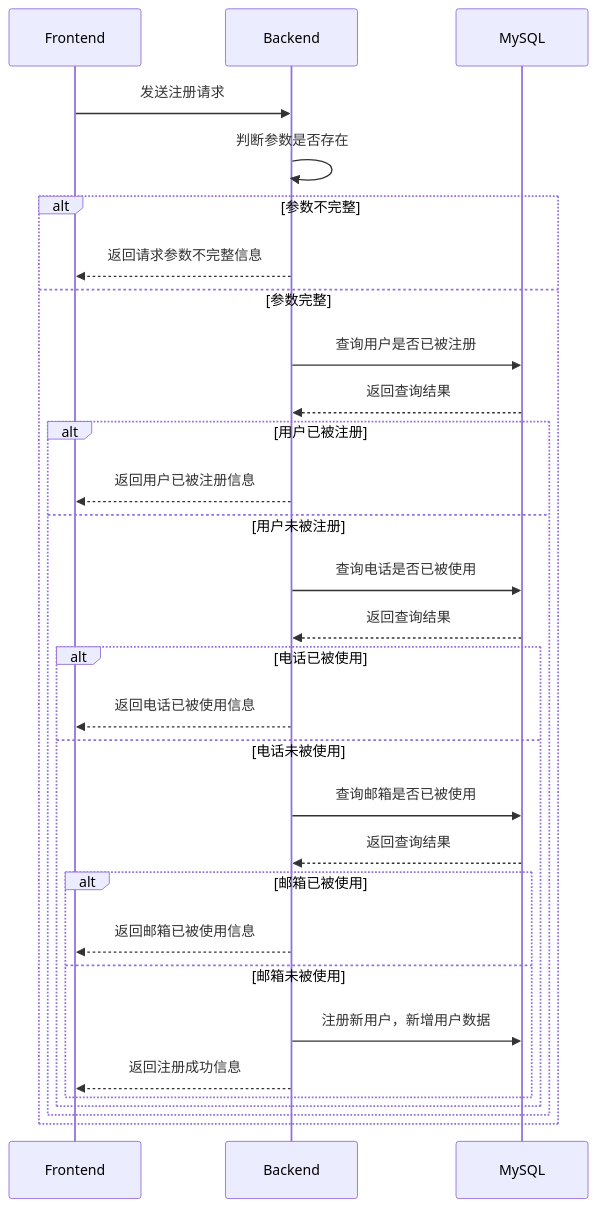
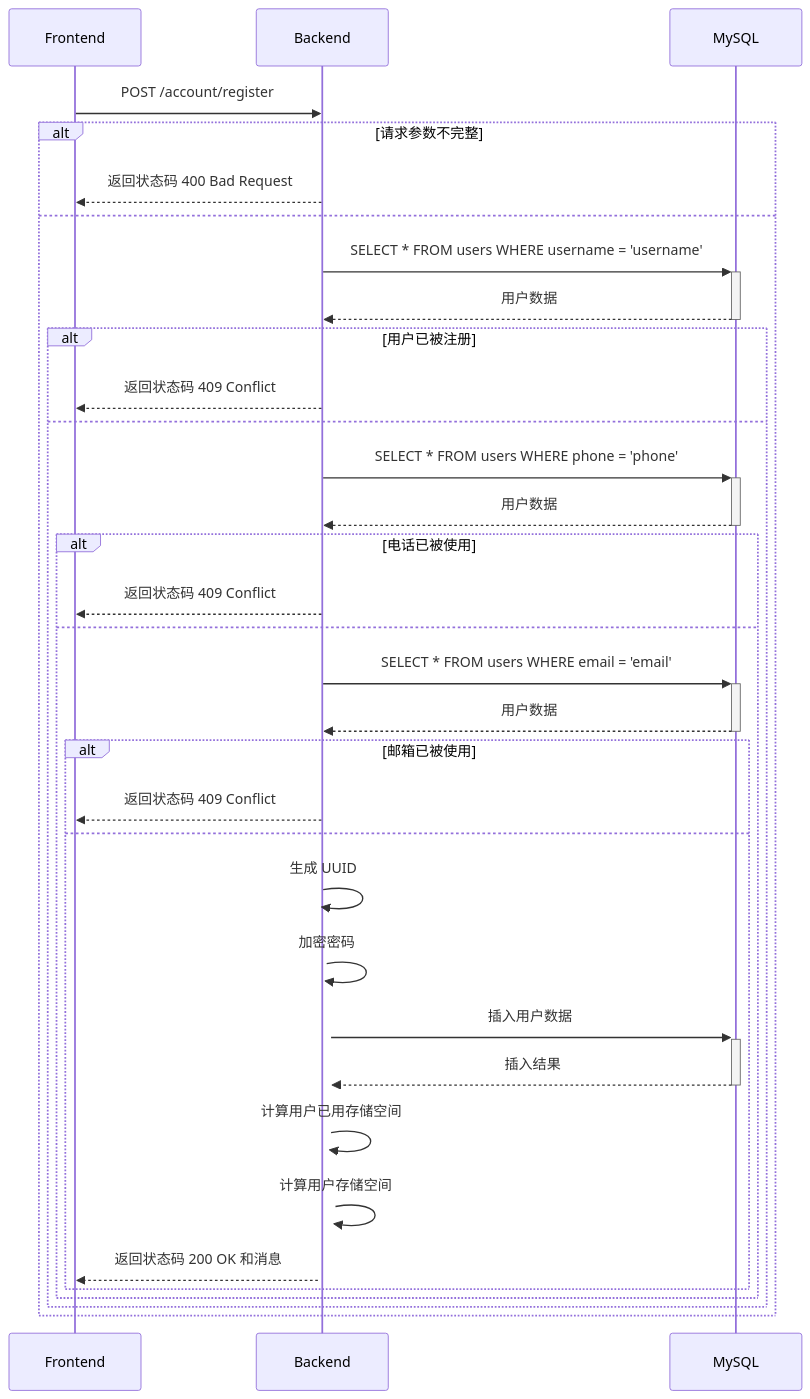
The diagram in img/注册顺序图.md (Clarice0997/YueMedia), drawn with Mermaid before and after one commit. The commit also changed 20 other files, not shown here.

Commit message:
feat: 刷新处理文件任务列表按钮 img: UML 设计图 fix: 登录页面重定向问题

````diff
--- a/img/注册顺序图.md
+++ b/img/注册顺序图.md
@@ -1,34 +1,39 @@
 ```mermaid
 sequenceDiagram
     participant Frontend
     participant Backend
     participant MySQL
-    Frontend->>Backend: 发送注册请求
-    Backend->>Backend: 判断参数是否存在
-    alt 参数不完整
-        Backend-->>Frontend: 返回请求参数不完整信息
-    else 参数完整
-        Backend->>MySQL: 查询用户是否已被注册
-        MySQL-->>Backend: 返回查询结果
+
+    Frontend->>Backend: POST /account/register
+    alt 请求参数不完整
+        Backend-->>Frontend: 返回状态码 400 Bad Request
+    else
+        Backend->>+MySQL: SELECT * FROM users WHERE username = 'username'
+        MySQL-->>-Backend: 用户数据
         alt 用户已被注册
-            Backend-->>Frontend: 返回用户已被注册信息
-        else 用户未被注册
-            Backend->>MySQL: 查询电话是否已被使用
-            MySQL-->>Backend: 返回查询结果
+            Backend-->>Frontend: 返回状态码 409 Conflict
+        else
+            Backend->>+MySQL: SELECT * FROM users WHERE phone = 'phone'
+            MySQL-->>-Backend: 用户数据
             alt 电话已被使用
-                Backend-->>Frontend: 返回电话已被使用信息
-            else 电话未被使用
-                Backend->>MySQL: 查询邮箱是否已被使用
-                MySQL-->>Backend: 返回查询结果
+                Backend-->>Frontend: 返回状态码 409 Conflict
+            else
+                Backend->>+MySQL: SELECT * FROM users WHERE email = 'email'
+                MySQL-->>-Backend: 用户数据
                 alt 邮箱已被使用
-                    Backend-->>Frontend: 返回邮箱已被使用信息
-                else 邮箱未被使用
-                    Backend->>MySQL: 注册新用户，新增用户数据
-                    Backend-->>Frontend: 返回注册成功信息
+                    Backend-->>Frontend: 返回状态码 409 Conflict
+                else
+                    Backend->>+Backend: 生成 UUID
+                    Backend->>+Backend: 加密密码
+                    Backend->>+MySQL: 插入用户数据
+                    MySQL-->>-Backend: 插入结果
+                    Backend->>+Backend: 计算用户已用存储空间
+                    Backend->>+Backend: 计算用户存储空间
+                    Backend-->>Frontend: 返回状态码 200 OK 和消息
                 end
             end
         end
     end
 
 
 ```
````
